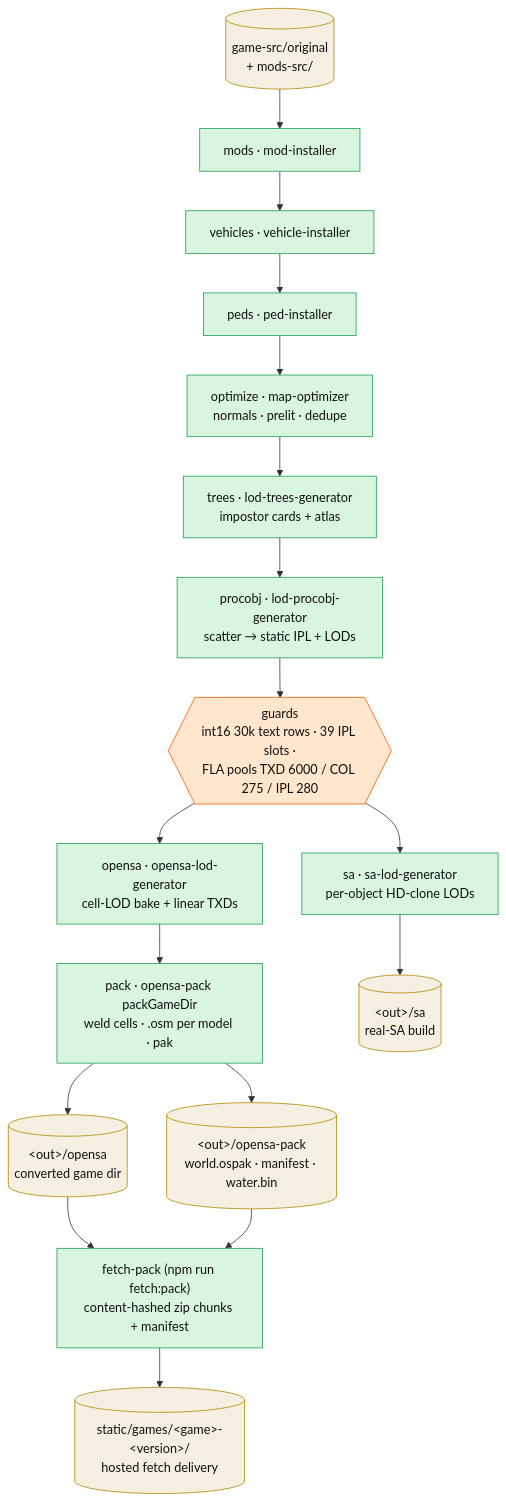
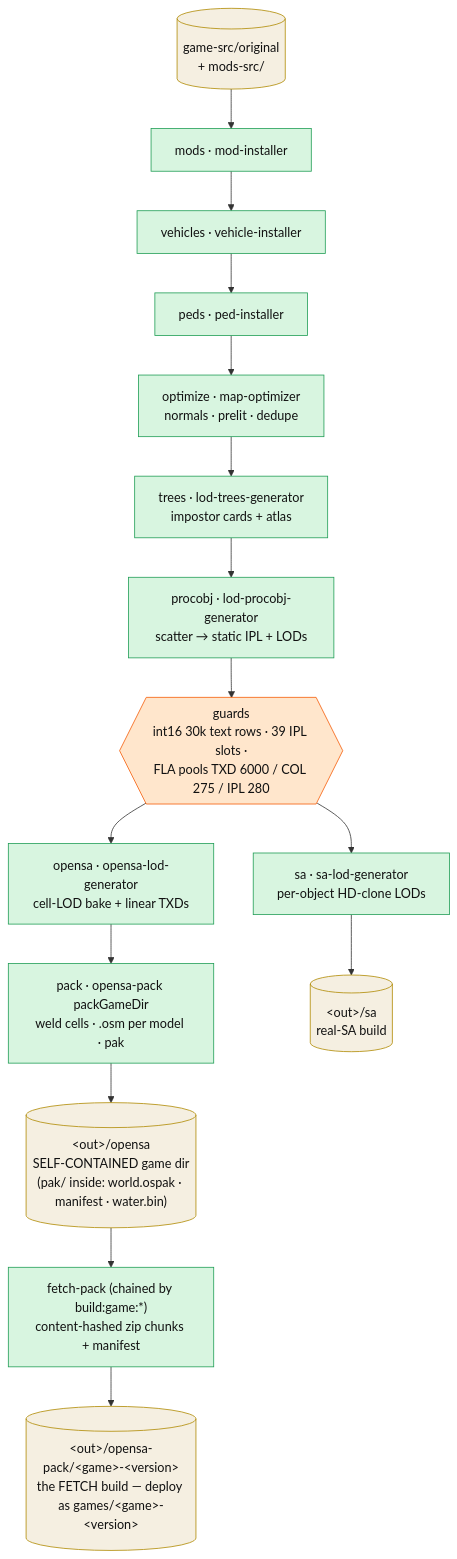
The diagram in docs/architecture/perfect-map-builder.md (sexorcist00/opensa), drawn with Mermaid before and after one commit. The commit also changed other lines of this file and 25 other files, not shown here.

First line of the commit message:
feat(086): phase 8 — two independent builds: a self-contained game dir + the fetch build

````diff
--- a/docs/architecture/perfect-map-builder.md
+++ b/docs/architecture/perfect-map-builder.md
@@ -20,31 +20,28 @@
 ```mermaid
 %%| pmb-pipeline
 flowchart TB
   src[("game-src/original<br/>+ mods-src/")]:::data
   mods["mods · mod-installer"]:::stage
   veh["vehicles · vehicle-installer"]:::stage
   peds["peds · ped-installer"]:::stage
   opt["optimize · map-optimizer<br/>normals · prelit · dedupe"]:::stage
   trees["trees · lod-trees-generator<br/>impostor cards + atlas"]:::stage
   proc["procobj · lod-procobj-generator<br/>scatter → static IPL + LODs"]:::stage
   guard{{"guards<br/>int16 30k text rows · 39 IPL slots ·<br/>FLA pools TXD 6000 / COL 275 / IPL 280"}}:::guard
   sa["sa · sa-lod-generator<br/>per-object HD-clone LODs"]:::stage
   oslod["opensa · opensa-lod-generator<br/>cell-LOD bake + linear TXDs"]:::stage
   pack["pack · opensa-pack packGameDir<br/>weld cells · .osm per model · pak"]:::stage
   outsa[("&lt;out&gt;/sa<br/>real-SA build")]:::data
-  outos[("&lt;out&gt;/opensa<br/>converted game dir")]:::data
-  outpak[("&lt;out&gt;/opensa-pack<br/>world.ospak · manifest · water.bin")]:::data
-  fetch["fetch-pack (npm run fetch:pack)<br/>content-hashed zip chunks + manifest"]:::stage
-  hosted[("static/games/&lt;game&gt;-&lt;version&gt;/<br/>hosted fetch delivery")]:::data
+  outos[("&lt;out&gt;/opensa<br/>SELF-CONTAINED game dir<br/>(pak/ inside: world.ospak · manifest · water.bin)")]:::data
+  fetch["fetch-pack (chained by build:game:*)<br/>content-hashed zip chunks + manifest"]:::stage
+  outpak[("&lt;out&gt;/opensa-pack/&lt;game&gt;-&lt;version&gt;<br/>the FETCH build — deploy as games/&lt;game&gt;-&lt;version&gt;")]:::data
 
   src --> mods --> veh --> peds --> opt --> trees --> proc --> guard
   guard --> sa --> outsa
   guard --> oslod --> pack --> outos
-  pack --> outpak
-  outos --> fetch --> hosted
-  outpak --> fetch
+  outos --> fetch --> outpak
 
   classDef stage fill:#d8f5e0,stroke:#1f9d55,color:#111
   classDef guard fill:#ffe6cc,stroke:#f55c07,color:#111
   classDef data fill:#f5efe1,stroke:#b08900,color:#111
 ```
````
